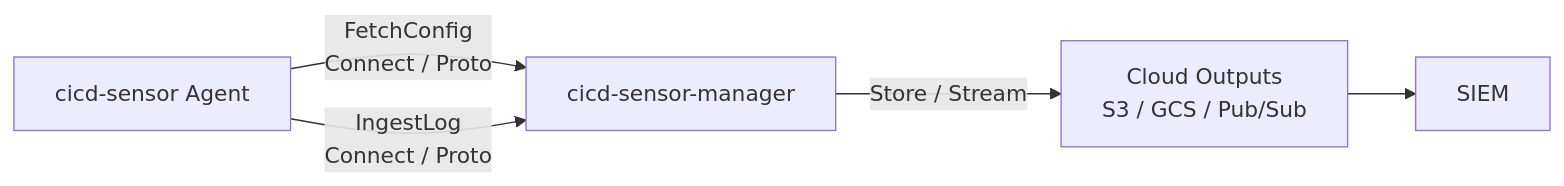
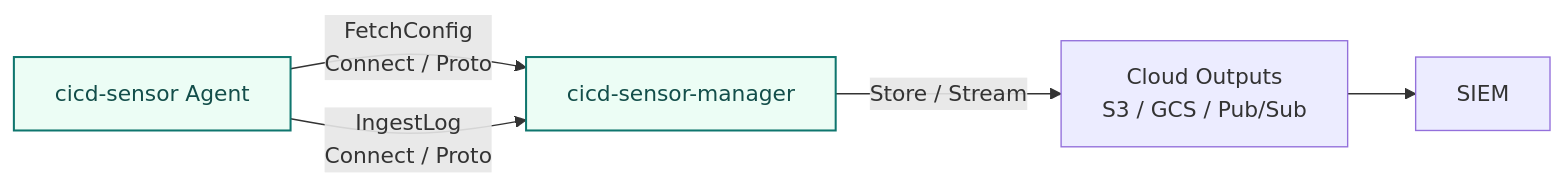
Before and after one commit to site0801/cicd-sensor: the diagram in docs/user-guide/manager.md, drawn with Mermaid. The commit also changed 1 other file, not shown here.

Commit message:
docs: unify agent/manager diagram colors and add Job/Scope concepts

````diff
--- a/docs/user-guide/manager.md
+++ b/docs/user-guide/manager.md
@@ -8,12 +8,15 @@
 ```mermaid
 flowchart LR
     AGENT["cicd-sensor Agent"]
     MANAGER["cicd-sensor-manager"]
     CLOUD["Cloud Outputs<br/>S3 / GCS / Pub/Sub"]
     SIEM["SIEM"]
 
     AGENT -->|"FetchConfig<br/>Connect / Proto"| MANAGER
     AGENT -->|"IngestLog<br/>Connect / Proto"| MANAGER
     MANAGER -->|"Store / Stream"| CLOUD
     CLOUD --> SIEM
+
+    classDef cicdSensor fill:#ecfdf5,stroke:#0f766e,color:#134e4a,stroke-width:1.5px;
+    class AGENT,MANAGER cicdSensor
 ```
````
